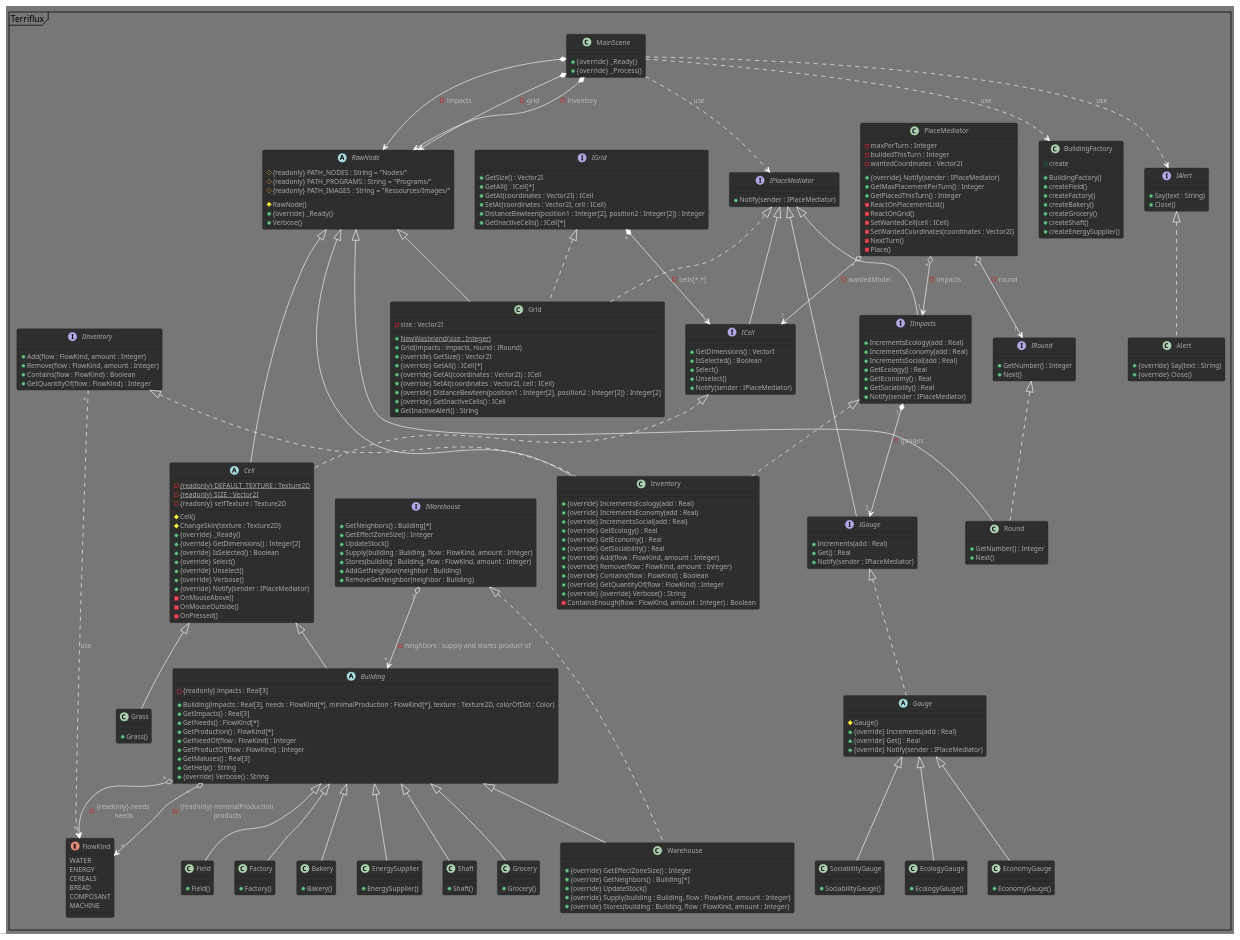
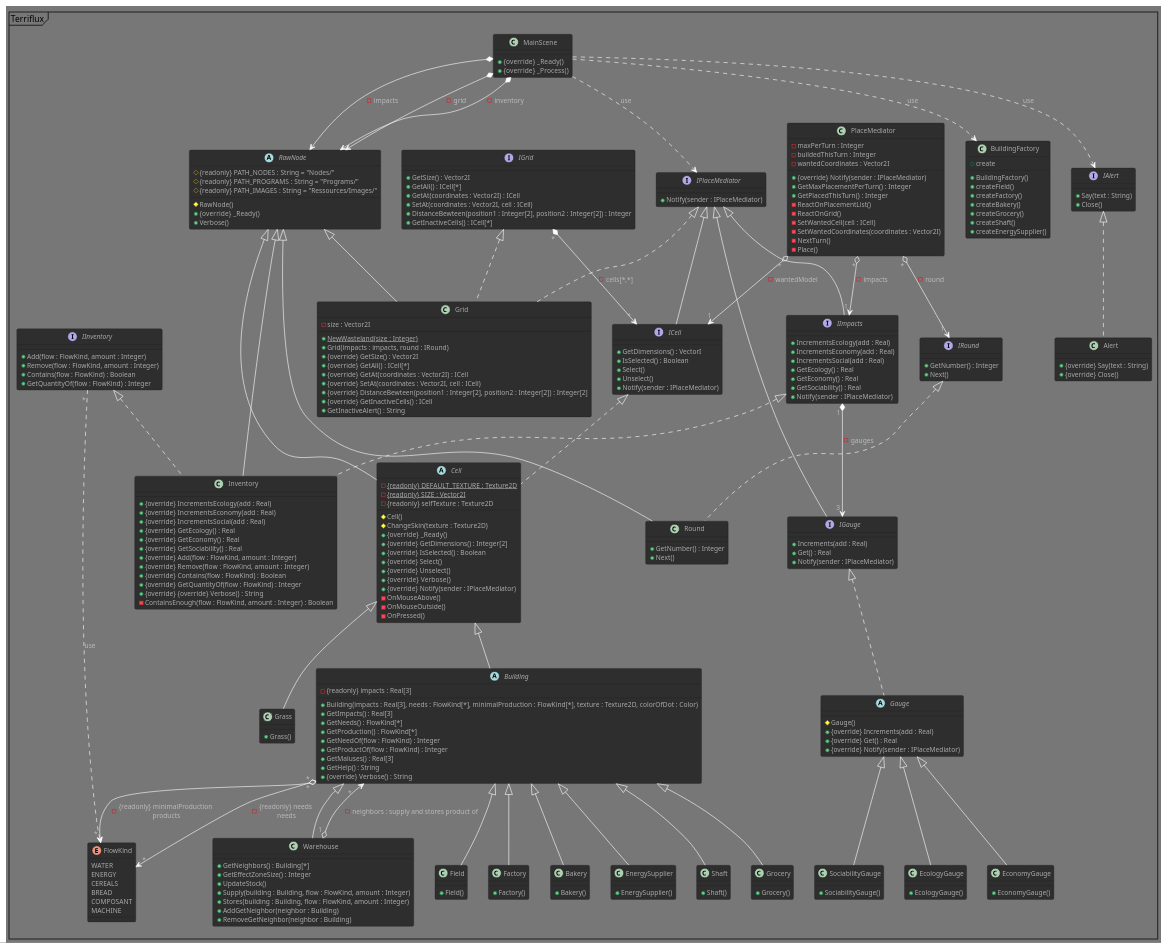
One commit to Spidermatou/Terriflux changed the diagram in Terriflux.puml. Above: the diagram before and after it, drawn with PlantUML. The commit also changed 6 other files, not shown here.

```diff
--- a/Terriflux.puml
+++ b/Terriflux.puml
@@ -84,7 +84,7 @@
     COMPOSANT
     MACHINE
 }
-interface IWarehouse 
+class Warehouse extends Building
 {
     /' Recuperer tt les batiments dans sa zone d'effet '/
     + GetNeighbors() : Building[*] 
@@ -100,17 +100,8 @@
     /' Gestion des voisins '/
     + AddGetNeighbor(neighbor : Building)
     + RemoveGetNeighbor(neighbor : Building)    /' quand bat supprime de la map, on essaie de l'enlever dasn tt les entrpot '/
-
 }
-IWarehouse" 1 " o--> " * "Building : - neighbors : supply and stores product of
-class Warehouse extends Building implements IWarehouse
-{
-    + {override} GetEffectZoneSize() : Integer 
-    + {override} GetNeighbors() : Building[*] 
-    + {override} UpdateStock() 
-    + {override} Supply(building : Building, flow : FlowKind, amount : Integer)
-    + {override} Stores(building : Building, flow : FlowKind, amount : Integer)
-}
+Warehouse" 1 " o--> " * "Building : - neighbors : supply and stores product of
 class Field extends Building
 {
     + Field()       /' 1.5, 4.0, -2.0; WATER,1 ; CEREALS,2 ; #Ce517b '/
```
